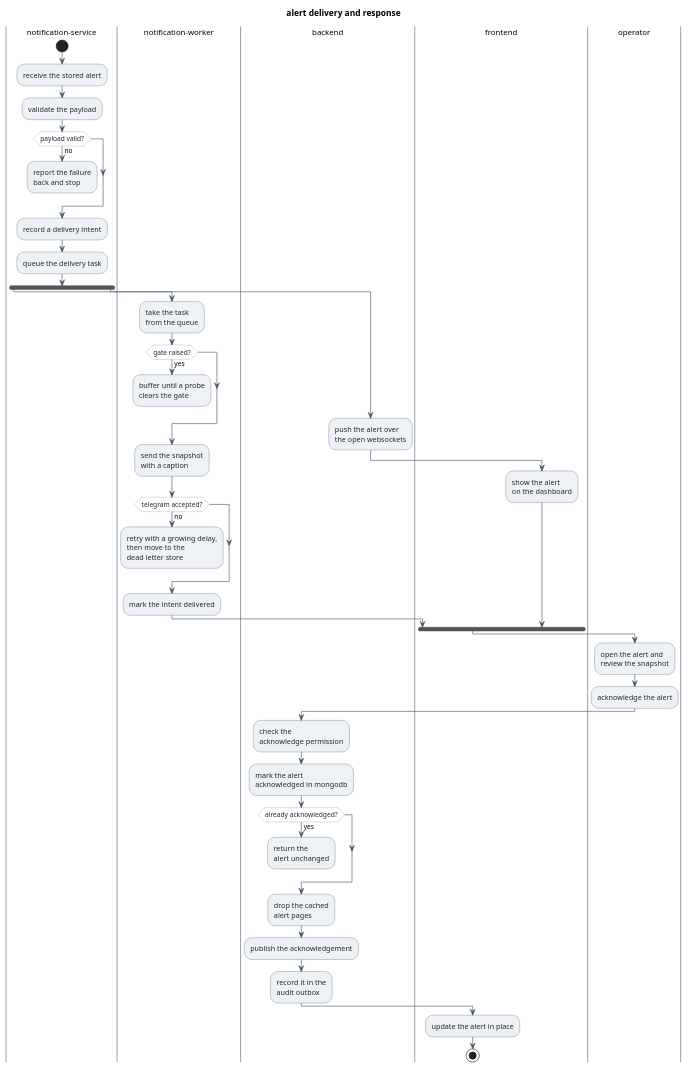
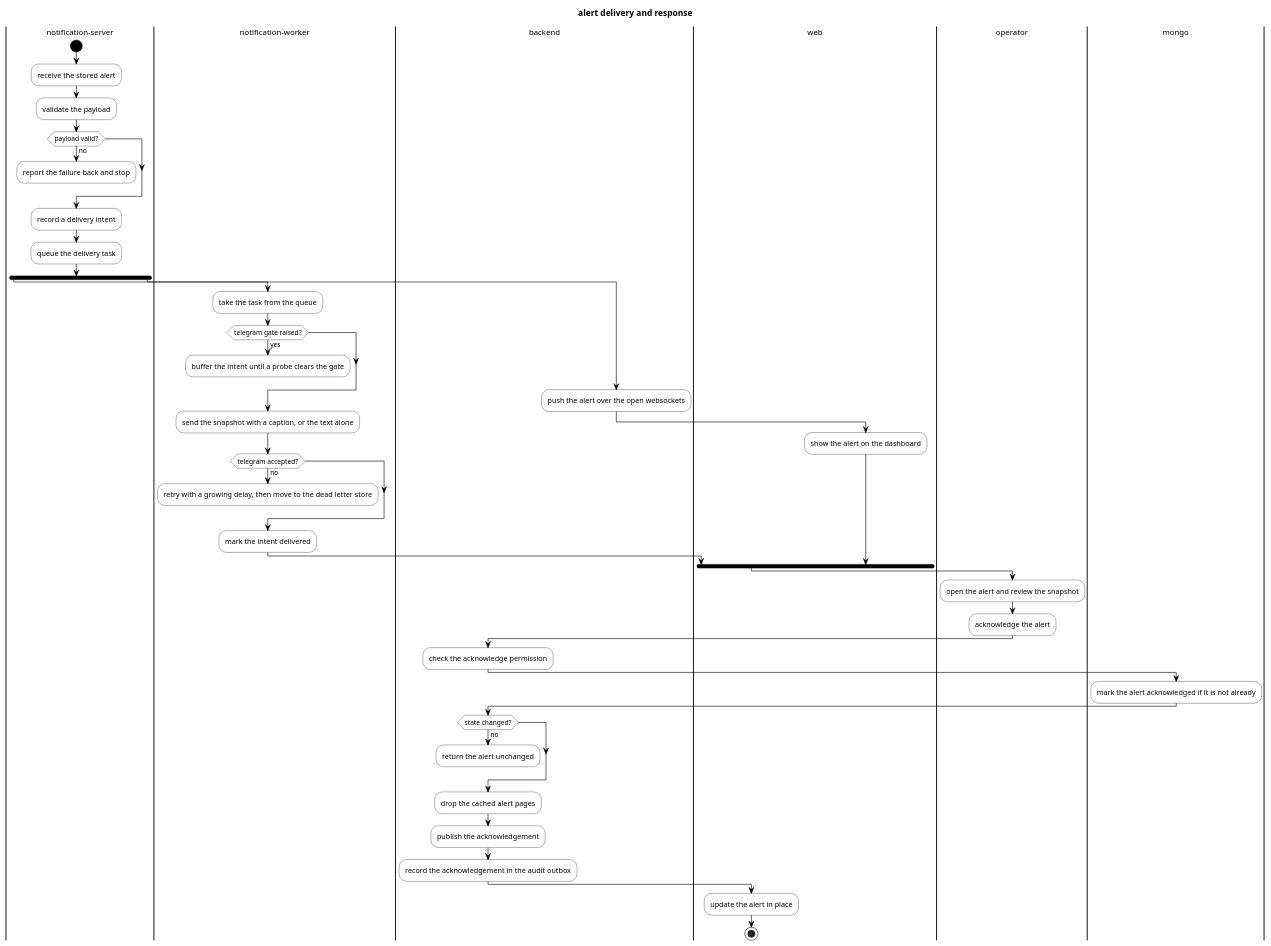
One commit to Nizar7kabbaj/theft-detection-platform changed the diagram in docs/diagrams/activity-alert_delivery.puml. Above: the diagram before and after it, drawn with PlantUML. The commit also changed 37 other files, not shown here.

Commit message:
refresh the architecture diagrams (#159)

```diff
--- a/docs/diagrams/activity-alert_delivery.puml
+++ b/docs/diagrams/activity-alert_delivery.puml
@@ -1,63 +1,83 @@
 @startuml
 title alert delivery and response
 skinparam shadowing false
-skinparam defaultFontName Helvetica
+skinparam defaultFontName Arial
+skinparam ArrowColor Black
 skinparam activity {
-  BackgroundColor #EEF1F5
-  BorderColor #44546A
-  ArrowColor #44546A
-  FontColor #1F2933
-  DiamondBackgroundColor #FFFFFF
-  DiamondBorderColor #8A94A6
+  BackgroundColor White
+  BorderColor Black
+  FontColor Black
+  DiamondBackgroundColor White
+  DiamondBorderColor Black
+  DiamondFontColor Black
+  StartColor Black
+  EndColor Black
+  BarColor Black
+}
+skinparam note {
+  BackgroundColor White
+  BorderColor Black
+  FontColor Black
 }
 skinparam swimlane {
-  BorderColor #8A94A6
-  TitleBackgroundColor #FFFFFF
+  BorderColor Black
+  TitleBackgroundColor White
   TitleFontSize 13
 }
-|notification-service|
+
+|notification-server|
 start
 :receive the stored alert;
 :validate the payload;
 if (payload valid?) then (no)
-  :report the failure\nback and stop;
+  :report the failure back and stop;
   kill
 endif
 :record a delivery intent;
 :queue the delivery task;
+
 fork
 |notification-worker|
-:take the task\nfrom the queue;
-if (gate raised?) then (yes)
-  :buffer until a probe\nclears the gate;
+:take the task from the queue;
+if (telegram gate raised?) then (yes)
+  :buffer the intent until a probe clears the gate;
   kill
 endif
-:send the snapshot\nwith a caption;
+:send the snapshot with a caption, or the text alone;
 if (telegram accepted?) then (no)
-  :retry with a growing delay,\nthen move to the\ndead letter store;
+  :retry with a growing delay, then move to the dead letter store;
   kill
 endif
 :mark the intent delivered;
+
 fork again
 |backend|
-:push the alert over\nthe open websockets;
-|frontend|
-:show the alert\non the dashboard;
+:push the alert over the open websockets;
+|web|
+:show the alert on the dashboard;
 end fork
+
 |operator|
-:open the alert and\nreview the snapshot;
+:open the alert and review the snapshot;
 :acknowledge the alert;
+
 |backend|
-:check the\nacknowledge permission;
-:mark the alert\nacknowledged in mongodb;
-if (already acknowledged?) then (yes)
-  :return the\nalert unchanged;
+:check the acknowledge permission;
+
+|mongo|
+:mark the alert acknowledged if it is not already;
+
+|backend|
+if (state changed?) then (no)
+  :return the alert unchanged;
   kill
 endif
-:drop the cached\nalert pages;
+:drop the cached alert pages;
 :publish the acknowledgement;
-:record it in the\naudit outbox;
-|frontend|
+:record the acknowledgement in the audit outbox;
+
+|web|
 :update the alert in place;
 stop
+
 @enduml
```
